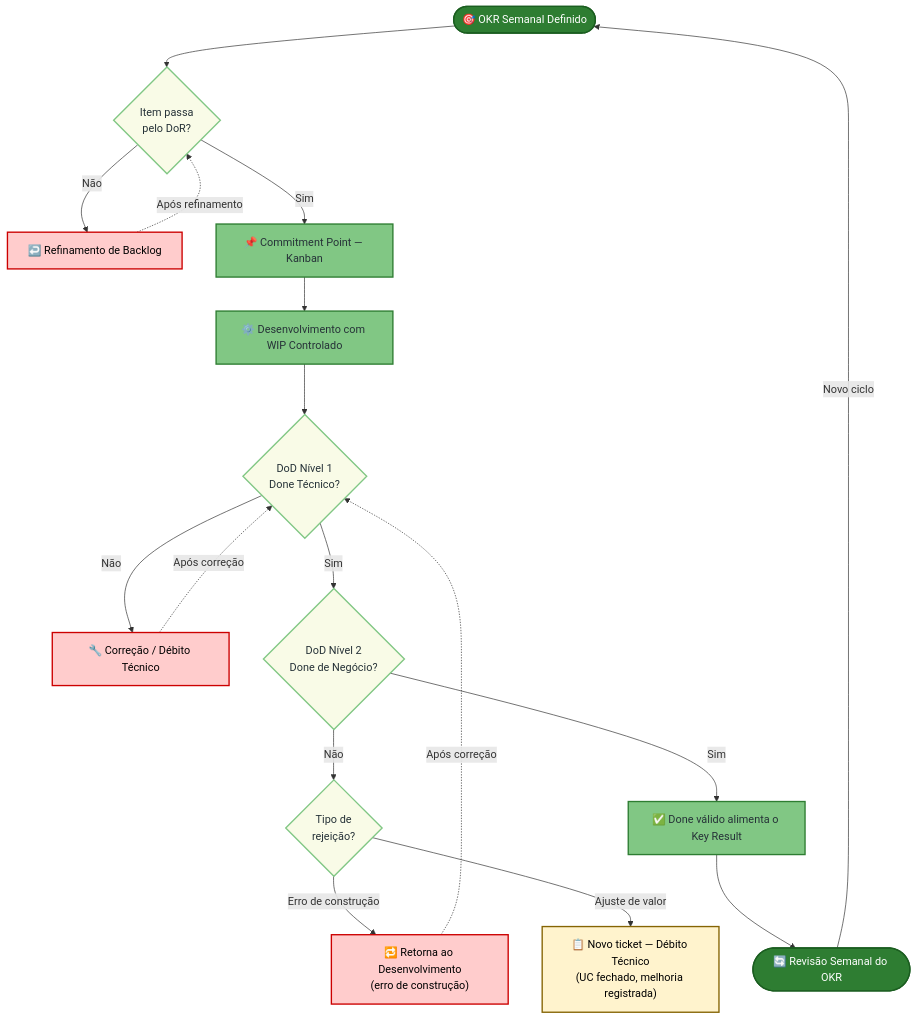
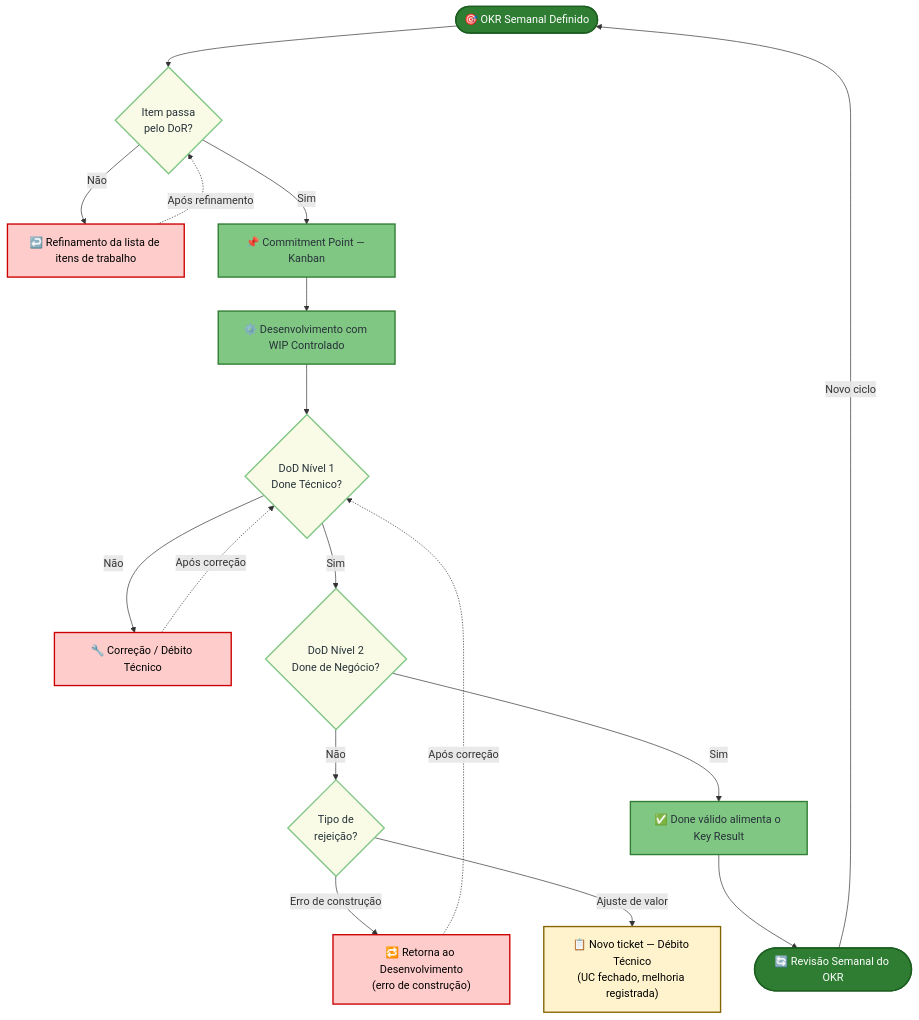
Before and after one commit to mdsreq-fga-unb/REQ-2026.1-T01-EcoQuest: the diagram in docs/engenharia-de-requisitos/README.md, drawn with Mermaid. The commit also changed other lines of this file and 4 other files, not shown here.

````diff
--- a/docs/engenharia-de-requisitos/README.md
+++ b/docs/engenharia-de-requisitos/README.md
@@ -157,45 +156,45 @@
 ```mermaid
 flowchart TD
     OKR(["🎯 OKR Semanal Definido"])
     DOR{"Item passa\npelo DoR?"}
-    REFINE["↩️ Refinamento de Backlog"]
+    REFINE["↩️ Refinamento da lista de itens de trabalho"]
     CP["📌 Commitment Point — Kanban"]
     WIP["⚙️ Desenvolvimento com WIP Controlado"]
     DOD1{"DoD Nível 1\nDone Técnico?"}
     FIX["🔧 Correção / Débito Técnico"]
     DOD2{"DoD Nível 2\nDone de Negócio?"}
     REJ{"Tipo de\nrejeição?"}
     HOMOLOG["🔁 Retorna ao Desenvolvimento\n(erro de construção)"]
     DEBT["📋 Novo ticket — Débito Técnico\n(UC fechado, melhoria registrada)"]
     KR["✅ Done válido alimenta o Key Result"]
     REV(["🔄 Revisão Semanal do OKR"])
 
     OKR --> DOR
     DOR -->|"Não"| REFINE
     REFINE -.->|"Após refinamento"| DOR
     DOR -->|"Sim"| CP
     CP --> WIP
     WIP --> DOD1
     DOD1 -->|"Não"| FIX
     FIX -.->|"Após correção"| DOD1
     DOD1 -->|"Sim"| DOD2
     DOD2 -->|"Não"| REJ
     REJ -->|"Erro de construção"| HOMOLOG
     REJ -->|"Ajuste de valor"| DEBT
     HOMOLOG -.->|"Após correção"| DOD1
     DOD2 -->|"Sim"| KR
     KR --> REV
     REV -->|"Novo ciclo"| OKR
 
     classDef objetivo fill:#2E7D32,stroke:#1b5e20,stroke-width:2px,color:#fff
     classDef gate fill:#F9FBE7,stroke:#81C784,stroke-width:2px,color:#263238
     classDef execucao fill:#81C784,stroke:#2E7D32,stroke-width:2px,color:#263238
     classDef bloqueio fill:#ffcccc,stroke:#cc0000,stroke-width:2px,color:#000
     classDef debito fill:#fff3cd,stroke:#856404,stroke-width:2px,color:#000
 
     class OKR,REV objetivo
     class DOR,DOD1,DOD2,REJ gate
     class CP,WIP,KR execucao
     class REFINE,FIX,HOMOLOG bloqueio
     class DEBT debito
 ```
````
